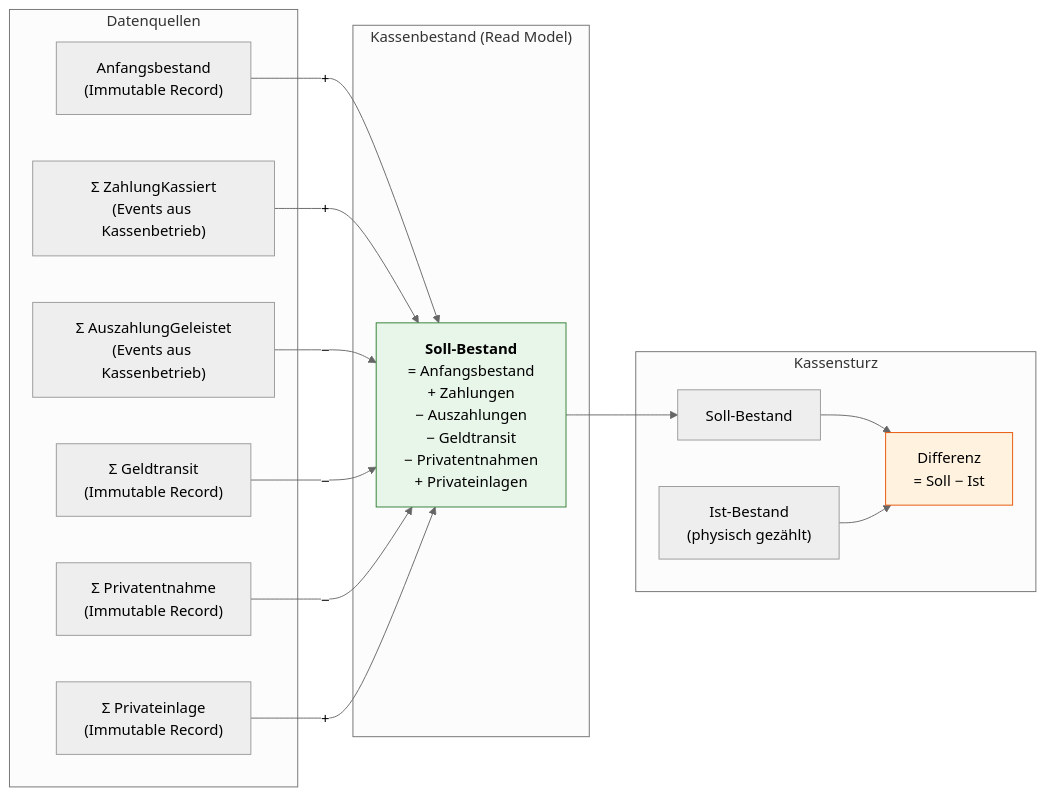
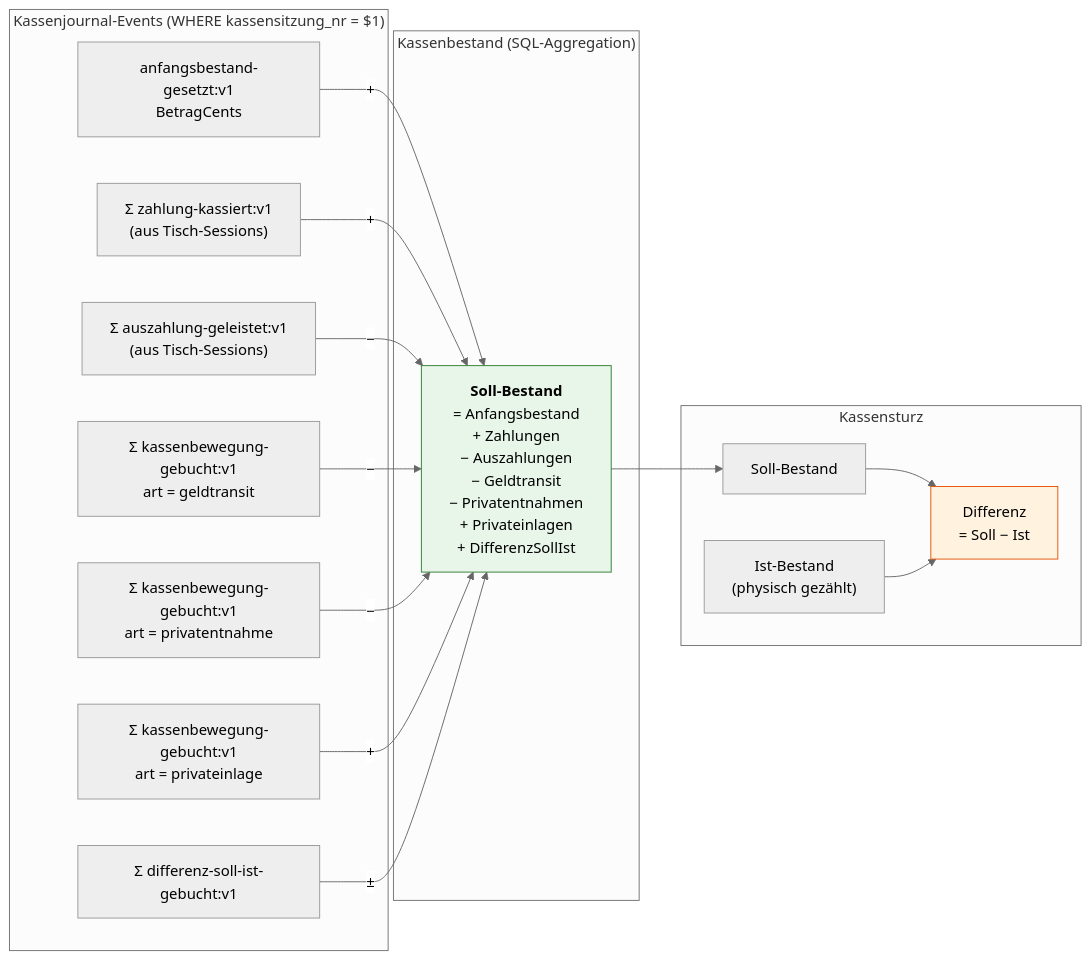
One commit to nicograef/jotti changed the tenth of 19 diagrams in docs/diagrams.md. Above: the diagram before and after it, drawn with Mermaid (neutral theme). The commit also changed other lines of this file and 16 other files, not shown here.

````diff
--- a/docs/diagrams.md
+++ b/docs/diagrams.md
@@ -396,35 +434,37 @@
 ```mermaid
 graph LR
-    subgraph quellen ["Datenquellen"]
-        AB["Anfangsbestand<br/>(Immutable Record)"]
-        ZK["Σ ZahlungKassiert<br/>(Events aus Kassenbetrieb)"]
-        AZ["Σ AuszahlungGeleistet<br/>(Events aus Kassenbetrieb)"]
-        GT["Σ Geldtransit<br/>(Immutable Record)"]
-        PE["Σ Privatentnahme<br/>(Immutable Record)"]
-        PEin["Σ Privateinlage<br/>(Immutable Record)"]
+    subgraph quellen ["Kassenjournal-Events (WHERE kassensitzung_nr = $1)"]
+        AB["anfangsbestand-gesetzt:v1<br/>BetragCents"]
+        ZK["Σ zahlung-kassiert:v1<br/>(aus Tisch-Sessions)"]
+        AZ["Σ auszahlung-geleistet:v1<br/>(aus Tisch-Sessions)"]
+        BW_PE["Σ kassenbewegung-gebucht:v1<br/>art = privateinlage"]
+        BW_GT["Σ kassenbewegung-gebucht:v1<br/>art = geldtransit"]
+        BW_PN["Σ kassenbewegung-gebucht:v1<br/>art = privatentnahme"]
+        DSI["Σ differenz-soll-ist-gebucht:v1"]
     end
 
-    subgraph berechnung ["Kassenbestand (Read Model)"]
-        formel["<b>Soll-Bestand</b><br/>=  Anfangsbestand<br/>+  Zahlungen<br/>−  Auszahlungen<br/>−  Geldtransit<br/>−  Privatentnahmen<br/>+  Privateinlagen"]
+    subgraph berechnung ["Kassenbestand (SQL-Aggregation)"]
+        formel["<b>Soll-Bestand</b><br/>=  Anfangsbestand<br/>+  Zahlungen<br/>−  Auszahlungen<br/>−  Geldtransit<br/>−  Privatentnahmen<br/>+  Privateinlagen<br/>+  DifferenzSollIst"]
     end
 
     AB -->|"+"| formel
     ZK -->|"+"| formel
     AZ -->|"−"| formel
-    GT -->|"−"| formel
-    PE -->|"−"| formel
-    PEin -->|"+"| formel
+    BW_GT -->|"−"| formel
+    BW_PN -->|"−"| formel
+    BW_PE -->|"+"| formel
+    DSI -->|"±"| formel
 
     subgraph kassensturz ["Kassensturz"]
         soll["Soll-Bestand"]
         ist["Ist-Bestand<br/>(physisch gezählt)"]
         diff["Differenz<br/>= Soll − Ist"]
         soll --> diff
         ist --> diff
     end
 
     formel --> soll
 
     style formel fill:#e8f5e9,stroke:#2e7d32
     style diff fill:#fff3e0,stroke:#e65100
 ```
````
